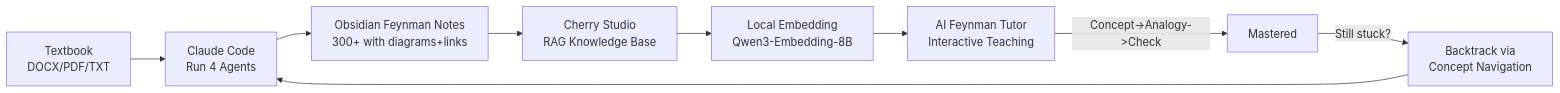
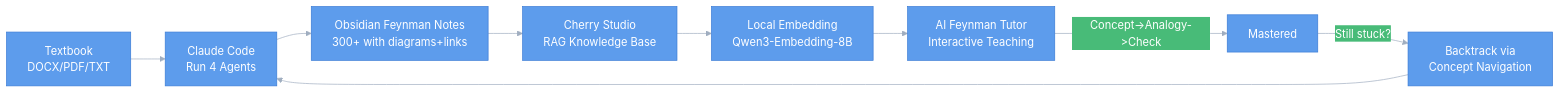
The third of 7 diagrams in README.md (3229218431/FeynFlow), drawn with Mermaid before and after one commit. The commit also changed other lines of this file, not shown here.

Commit message:
Major README expansion: comparison table, methodology diagram, quality framework, richer content. Fix chart colors with Mermaid theme init.

````diff
--- a/README.md
+++ b/README.md
@@ -58,12 +81,12 @@
 ```mermaid
+%%{init: {'theme':'base','themeVariables': {'primaryColor': '#5D9CEC','primaryTextColor': '#fff','primaryBorderColor': '#3A7BD5','lineColor': '#A0AEC0','secondaryColor': '#48BB78','tertiaryColor': '#F6AD55'}}}%%
 flowchart LR
     A[Textbook<br>DOCX/PDF/TXT] --> B[Claude Code<br>Run 4 Agents]
     B --> C[Obsidian Feynman Notes<br>300+ with diagrams+links]
     C --> D[Cherry Studio<br>RAG Knowledge Base]
     D --> E[Local Embedding<br>Qwen3-Embedding-8B]
     E --> F[AI Feynman Tutor<br>Interactive Teaching]
-    
     F -->|Concept->Analogy->Check| G[Mastered]
     G -->|Still stuck?| H[Backtrack via<br>Concept Navigation]
     H --> B
 ```
````
